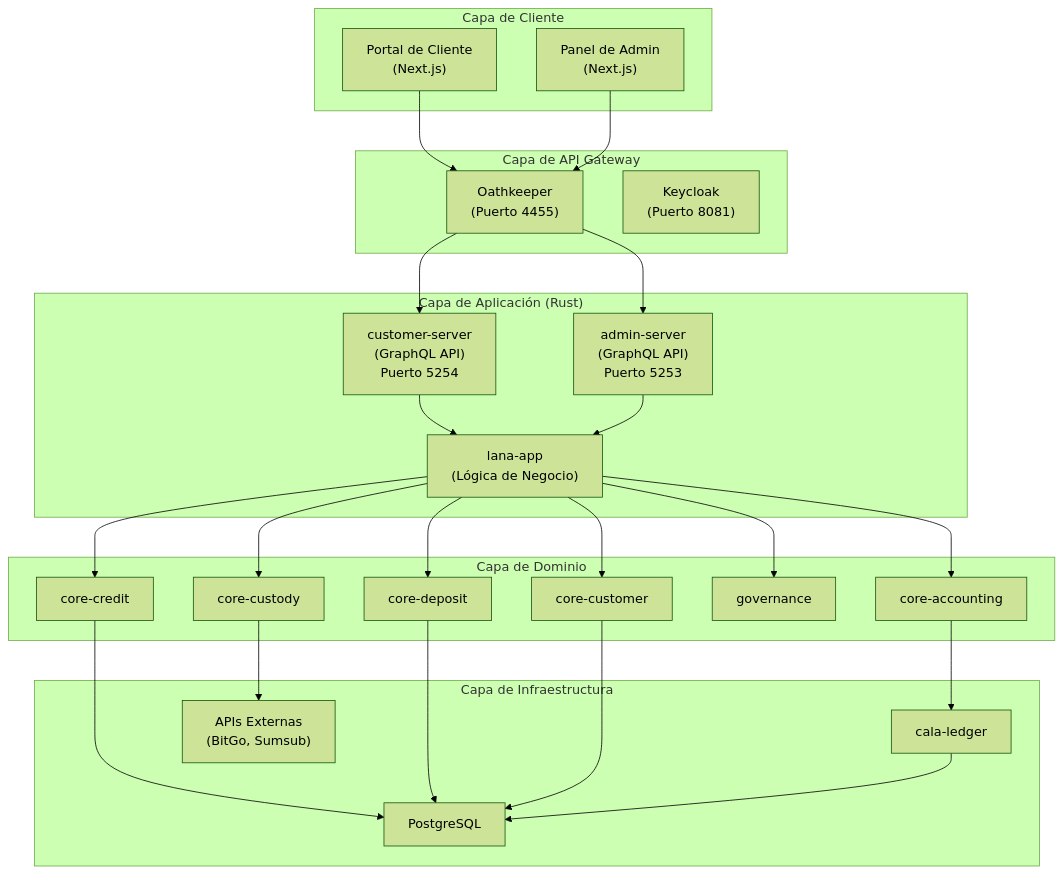
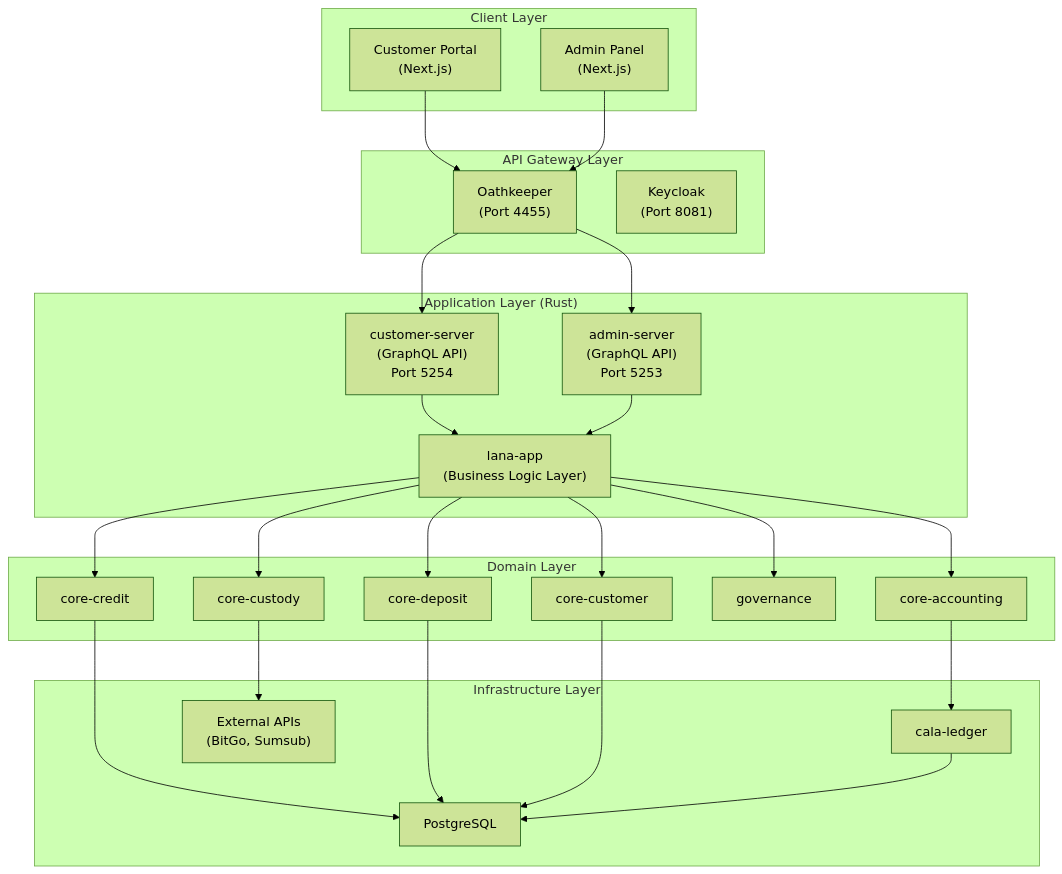
Before and after one commit to GaloyMoney/lana-bank: the first of 5 diagrams in docs-site/i18n/es/docusaurus-plugin-content-docs/current/for-platform-engineers/system-architecture.md, drawn with Mermaid (forest theme). The commit also changed other lines of this file and 76 other files, not shown here.

````diff
--- a/docs-site/i18n/es/docusaurus-plugin-content-docs/current/for-platform-engineers/system-architecture.md
+++ b/docs-site/i18n/es/docusaurus-plugin-content-docs/current/for-platform-engineers/system-architecture.md
@@ -11,52 +11,52 @@
 ```mermaid
 graph TD
-    subgraph Client["Capa de Cliente"]
-        CP["Portal de Cliente<br/>(Next.js)"]
-        AP["Panel de Admin<br/>(Next.js)"]
+    subgraph Client["Client Layer"]
+        CP["Customer Portal<br/>(Next.js)"]
+        AP["Admin Panel<br/>(Next.js)"]
     end
 
-    subgraph Gateway["Capa de API Gateway"]
-        OAT["Oathkeeper<br/>(Puerto 4455)"]
-        KC["Keycloak<br/>(Puerto 8081)"]
+    subgraph Gateway["API Gateway Layer"]
+        OAT["Oathkeeper<br/>(Port 4455)"]
+        KC["Keycloak<br/>(Port 8081)"]
     end
 
-    subgraph App["Capa de Aplicación (Rust)"]
-        CS["customer-server<br/>(GraphQL API)<br/>Puerto 5254"]
-        AS["admin-server<br/>(GraphQL API)<br/>Puerto 5253"]
-        LA["lana-app<br/>(Lógica de Negocio)"]
+    subgraph App["Application Layer (Rust)"]
+        CS["customer-server<br/>(GraphQL API)<br/>Port 5254"]
+        AS["admin-server<br/>(GraphQL API)<br/>Port 5253"]
+        LA["lana-app<br/>(Business Logic Layer)"]
     end
 
-    subgraph Domain["Capa de Dominio"]
+    subgraph Domain["Domain Layer"]
         CC["core-credit"]
         CD["core-deposit"]
         CCU["core-customer"]
         CA["core-accounting"]
         GOV["governance"]
         CUS["core-custody"]
     end
 
-    subgraph Infra["Capa de Infraestructura"]
+    subgraph Infra["Infrastructure Layer"]
         PG["PostgreSQL"]
         CALA["cala-ledger"]
-        EXT["APIs Externas<br/>(BitGo, Sumsub)"]
+        EXT["External APIs<br/>(BitGo, Sumsub)"]
     end
 
     CP --> OAT
     AP --> OAT
     OAT --> CS
     OAT --> AS
     CS --> LA
     AS --> LA
     LA --> CC
     LA --> CD
     LA --> CCU
     LA --> CA
     LA --> GOV
     LA --> CUS
     CC --> PG
     CD --> PG
     CCU --> PG
     CA --> CALA
     CUS --> EXT
     CALA --> PG
 ```
````
